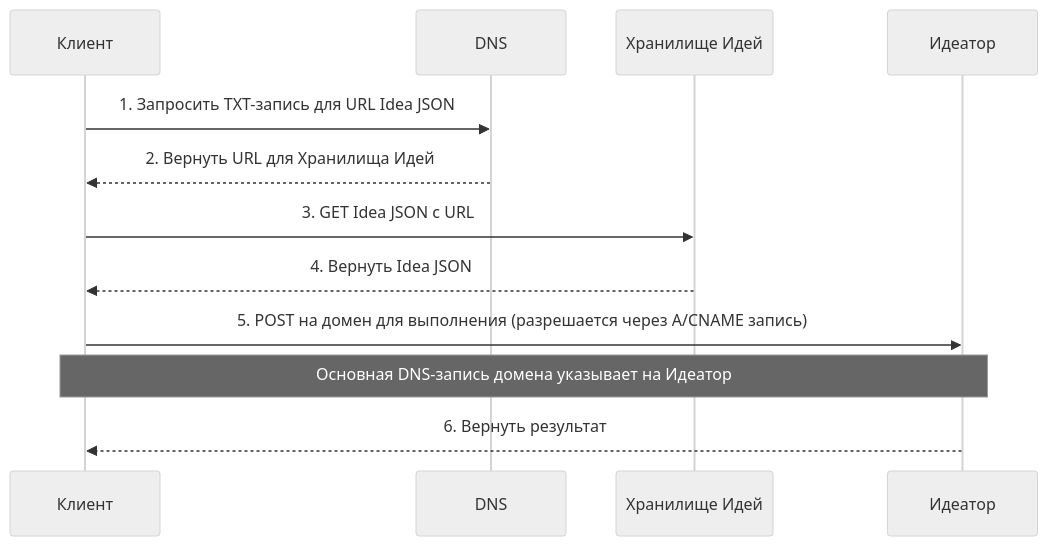
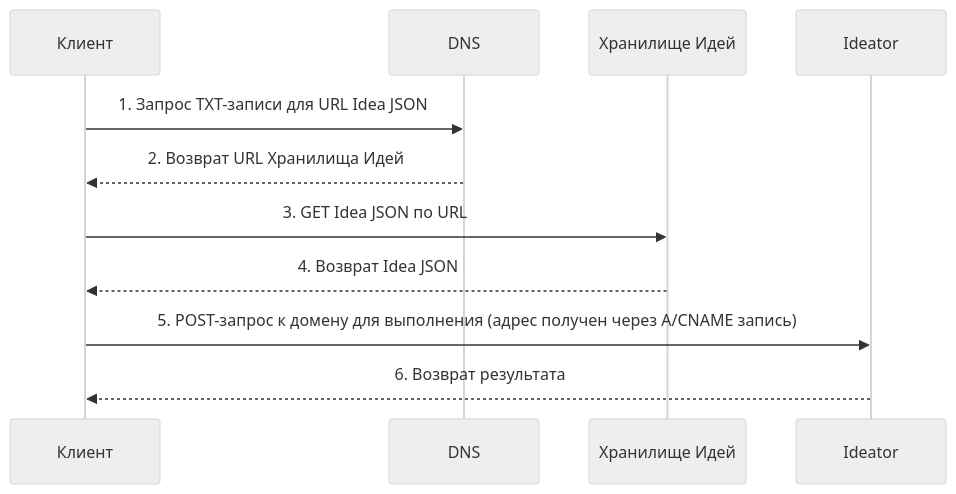
One commit to idealic-ai/docs changed the diagram in translations/ru/rfc/102_concept_sovereignty.md. Above: the diagram before and after it, drawn with Mermaid (neutral theme). The commit also changed other lines of this file and 23 other files, not shown here.

````diff
--- a/translations/ru/rfc/102_concept_sovereignty.md
+++ b/translations/ru/rfc/102_concept_sovereignty.md
@@ -27,17 +27,16 @@
 ```mermaid
 sequenceDiagram
     participant Клиент
     participant DNS
     participant Хранилище Идей
-    participant Идеатор
+    participant Ideator
 
-    Клиент->>DNS: 1. Запросить TXT-запись для URL Idea JSON
-    DNS-->>Клиент: 2. Вернуть URL для Хранилища Идей
+    Клиент->>DNS: 1. Запрос TXT-записи для URL Idea JSON
+    DNS-->>Клиент: 2. Возврат URL Хранилища Идей
 
-    Клиент->>Хранилище Идей: 3. GET Idea JSON с URL
-    Хранилище Идей-->>Клиент: 4. Вернуть Idea JSON
+    Клиент->>Хранилище Идей: 3. GET Idea JSON по URL
+    Хранилище Идей-->>Клиент: 4. Возврат Idea JSON
 
-    Клиент->>Идеатор: 5. POST на домен для выполнения (разрешается через A/CNAME запись)
-    Note over Клиент, Идеатор: Основная DNS-запись домена указывает на Идеатор
-    Идеатор-->>Клиент: 6. Вернуть результат
+    Клиент->>Ideator: 5. POST-запрос к домену для выполнения (адрес получен через A/CNAME запись)
+    Ideator-->>Клиент: 6. Возврат результата
 ```
````
